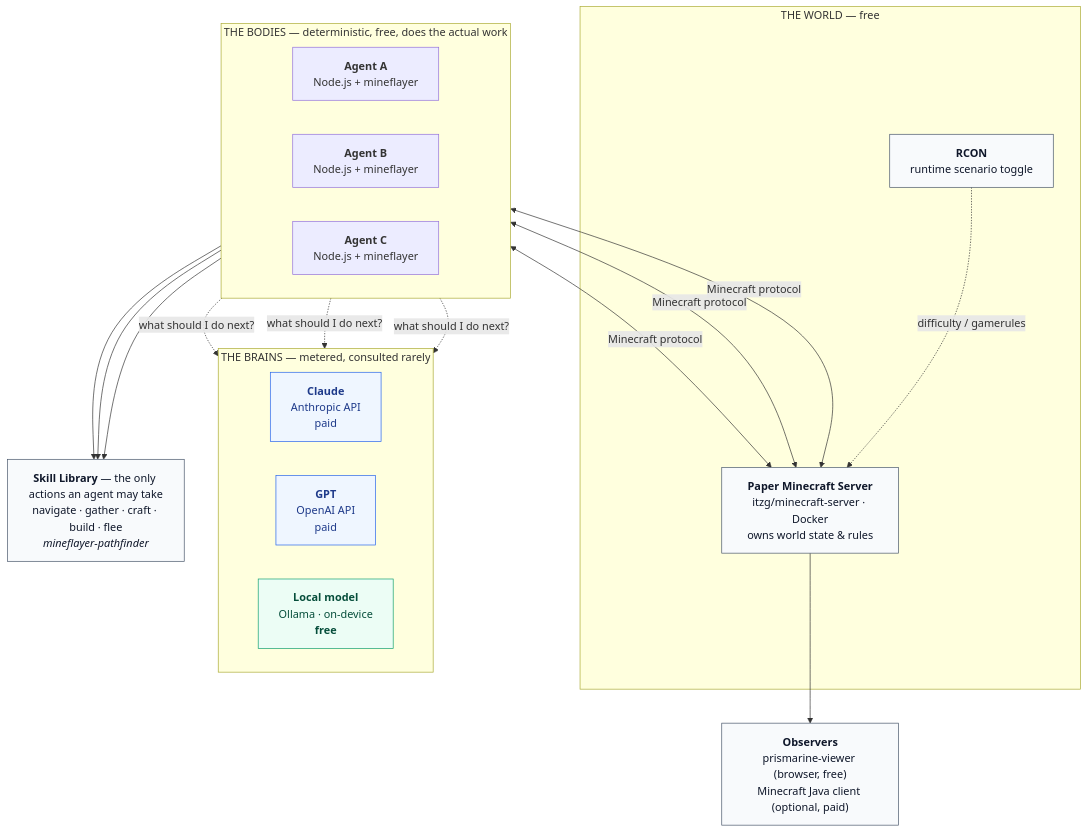
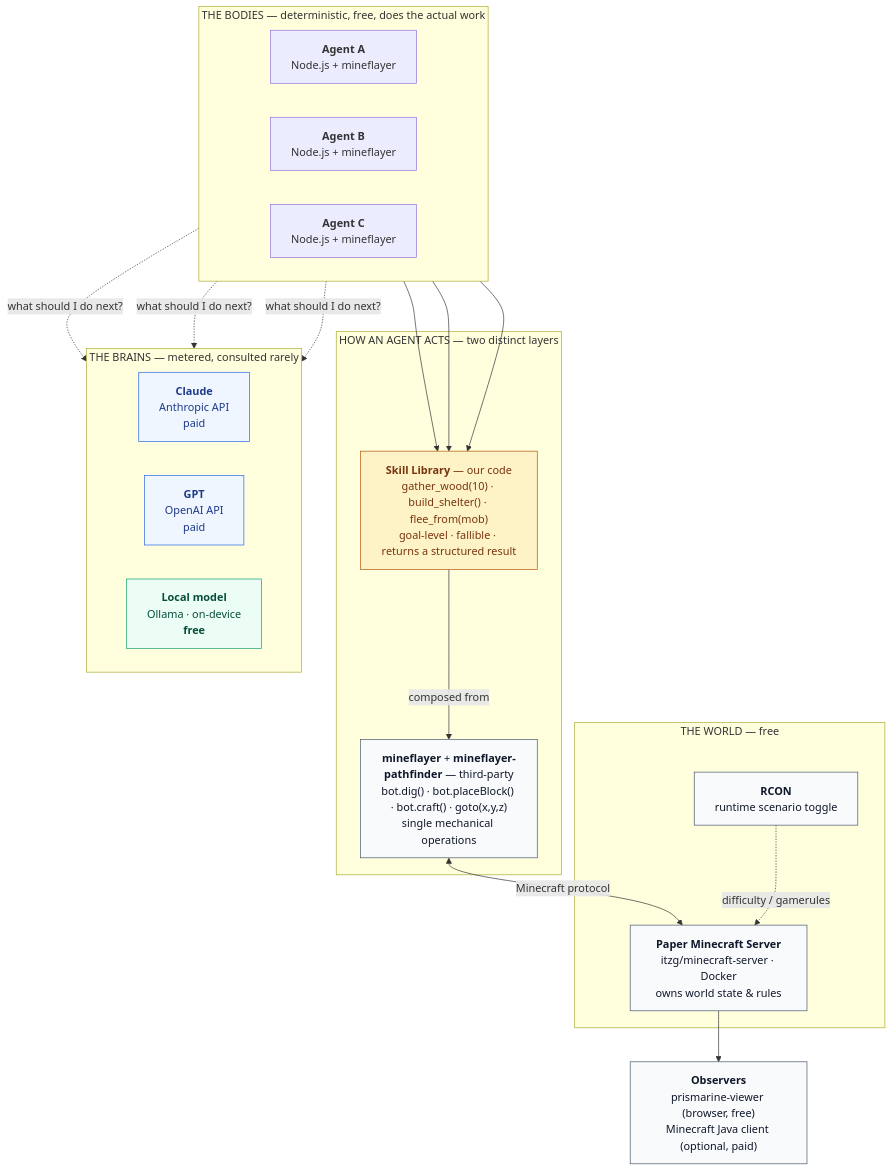
One commit to RaymanRJ/multi-agent-experimentation changed the first of 2 diagrams in README.md. Above: the diagram before and after it, drawn with Mermaid. The commit also changed other lines of this file and 1 other file, not shown here.

Commit message:
Separate the skill library from mineflayer primitives in the architecture diagram and docs.

````diff
--- a/README.md
+++ b/README.md
@@ -17,48 +17,51 @@
 ```mermaid
 flowchart TB
     subgraph WORLD["THE WORLD — free"]
         PAPER["<b>Paper Minecraft Server</b><br/>itzg/minecraft-server · Docker<br/>owns world state &amp; rules"]
         RCON["<b>RCON</b><br/>runtime scenario toggle"]
     end
 
     subgraph BODIES["THE BODIES — deterministic, free, does the actual work"]
         direction LR
         A["<b>Agent A</b><br/>Node.js + mineflayer"]
         B["<b>Agent B</b><br/>Node.js + mineflayer"]
         C["<b>Agent C</b><br/>Node.js + mineflayer"]
     end
 
-    SKILLS["<b>Skill Library</b> — the only actions an agent may take<br/>navigate · gather · craft · build · flee<br/><i>mineflayer-pathfinder</i>"]
+    subgraph ACTION["HOW AN AGENT ACTS — two distinct layers"]
+        SKILLS["<b>Skill Library</b> — our code<br/>gather_wood(10) · build_shelter() · flee_from(mob)<br/>goal-level · fallible · returns a structured result"]
+        MF["<b>mineflayer</b> + <b>mineflayer-pathfinder</b> — third-party<br/>bot.dig() · bot.placeBlock() · bot.craft() · goto(x,y,z)<br/>single mechanical operations"]
+        SKILLS -->|"composed from"| MF
+    end
 
     subgraph BRAINS["THE BRAINS — metered, consulted rarely"]
         direction LR
         CLAUDE["<b>Claude</b><br/>Anthropic API<br/>paid"]
         GPT["<b>GPT</b><br/>OpenAI API<br/>paid"]
         LOCAL["<b>Local model</b><br/>Ollama · on-device<br/><b>free</b>"]
     end
 
     VIEW["<b>Observers</b><br/>prismarine-viewer (browser, free)<br/>Minecraft Java client (optional, paid)"]
 
-    A <-->|"Minecraft protocol"| PAPER
-    B <-->|"Minecraft protocol"| PAPER
-    C <-->|"Minecraft protocol"| PAPER
-
-    RCON -.->|"difficulty / gamerules"| PAPER
-
     A --> SKILLS
     B --> SKILLS
     C --> SKILLS
+
+    MF <-->|"Minecraft protocol"| PAPER
+    RCON -.->|"difficulty / gamerules"| PAPER
 
     A -.->|"what should I do next?"| CLAUDE
     B -.->|"what should I do next?"| GPT
     C -.->|"what should I do next?"| LOCAL
 
     PAPER --> VIEW
 
     classDef free fill:#ecfdf5,stroke:#0e9f6e,color:#064e3b
     classDef paid fill:#eff6ff,stroke:#2563eb,color:#1e3a8a
     classDef world fill:#f8fafc,stroke:#475569,color:#0f172a
     class LOCAL free
     class CLAUDE,GPT paid
-    class PAPER,RCON,VIEW,SKILLS world
+    classDef ours fill:#fef3c7,stroke:#b45309,color:#78350f
+    class PAPER,RCON,VIEW,MF world
+    class SKILLS ours
 ```
````
